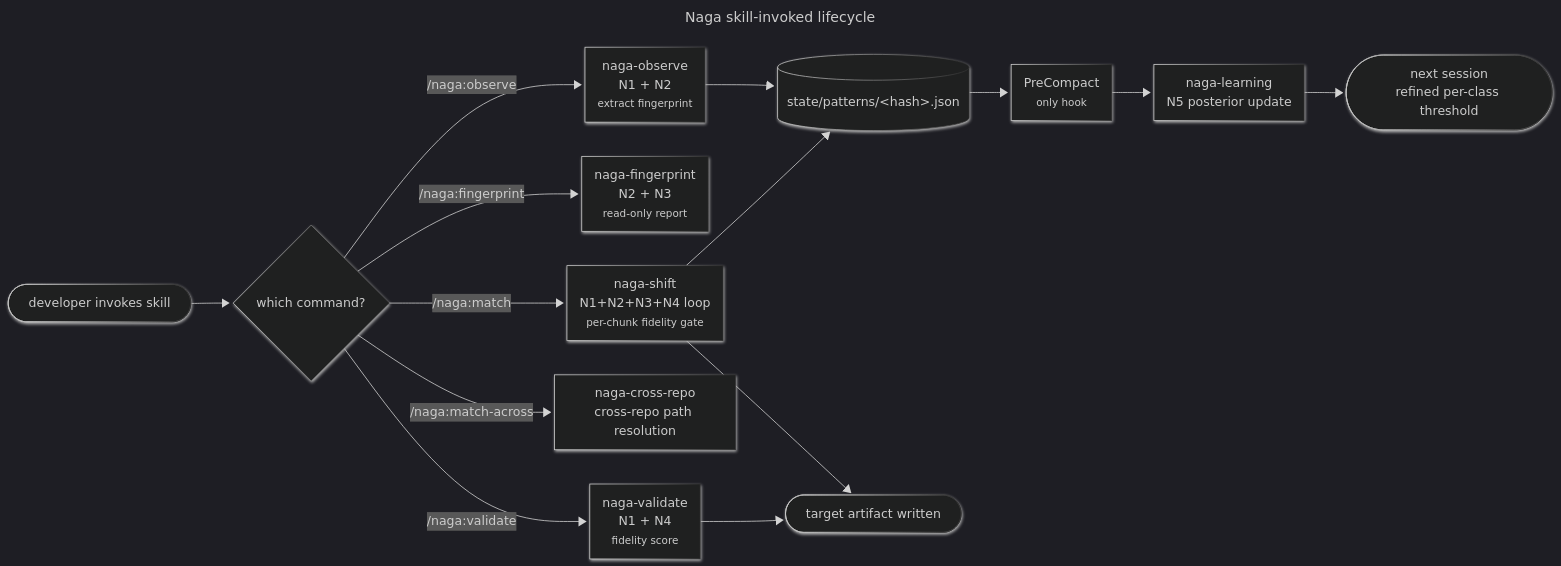
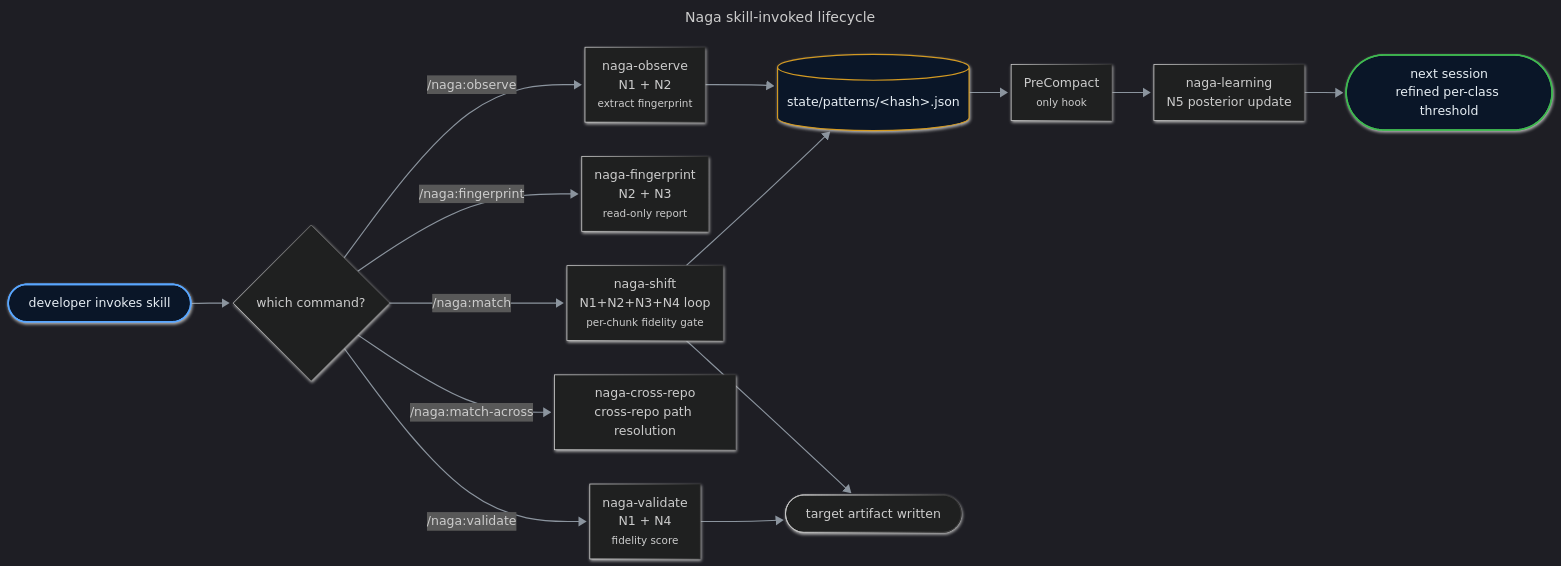
Before and after one commit to enchanted-plugins/naga: the diagram in docs/assets/lifecycle.mmd, drawn with Mermaid. The commit also changed 1 other file, not shown here.

```diff
--- a/docs/assets/lifecycle.mmd
+++ b/docs/assets/lifecycle.mmd
@@ -1,25 +1,35 @@
 ---
 title: Naga skill-invoked lifecycle
 config:
   look: neo
   theme: dark
   flowchart:
     curve: basis
     padding: 18
     nodeSpacing: 44
     rankSpacing: 54
 ---
 flowchart LR
     Dev(["developer invokes skill"]) --> Cmd{"which command?"}
     Cmd -->|/naga:observe| Obs["naga-observe<br/>N1 + N2<br/><small>extract fingerprint</small>"]
     Cmd -->|/naga:fingerprint| Fp["naga-fingerprint<br/>N2 + N3<br/><small>read-only report</small>"]
     Cmd -->|/naga:match| Sh["naga-shift<br/>N1+N2+N3+N4 loop<br/><small>per-chunk fidelity gate</small>"]
     Cmd -->|/naga:match-across| Xr["naga-cross-repo<br/>cross-repo path resolution"]
     Cmd -->|/naga:validate| Val["naga-validate<br/>N1 + N4<br/><small>fidelity score</small>"]
     Obs --> State[("state/patterns/&lt;hash&gt;.json")]
     Sh --> State
     Sh --> Out([target artifact written])
     Val --> Out
     State --> PC["PreCompact<br/><small>only hook</small>"]
     PC --> Learn["naga-learning<br/>N5 posterior update"]
     Learn --> Done(["next session<br/>refined per-class threshold"])
+
+
+    classDef start fill:#0a1628,stroke:#58a6ff,stroke-width:2px,color:#e6edf3,rx:10,ry:10
+    classDef done fill:#0a1628,stroke:#3fb950,stroke-width:2px,color:#e6edf3,rx:10,ry:10
+    classDef state fill:#0a1628,stroke:#d29922,stroke-width:1.5px,color:#e6edf3,rx:8,ry:8
+
+    linkStyle default stroke:#8b949e,stroke-width:1.5px
+    class Dev start
+    class Done done
+    class State state
```
